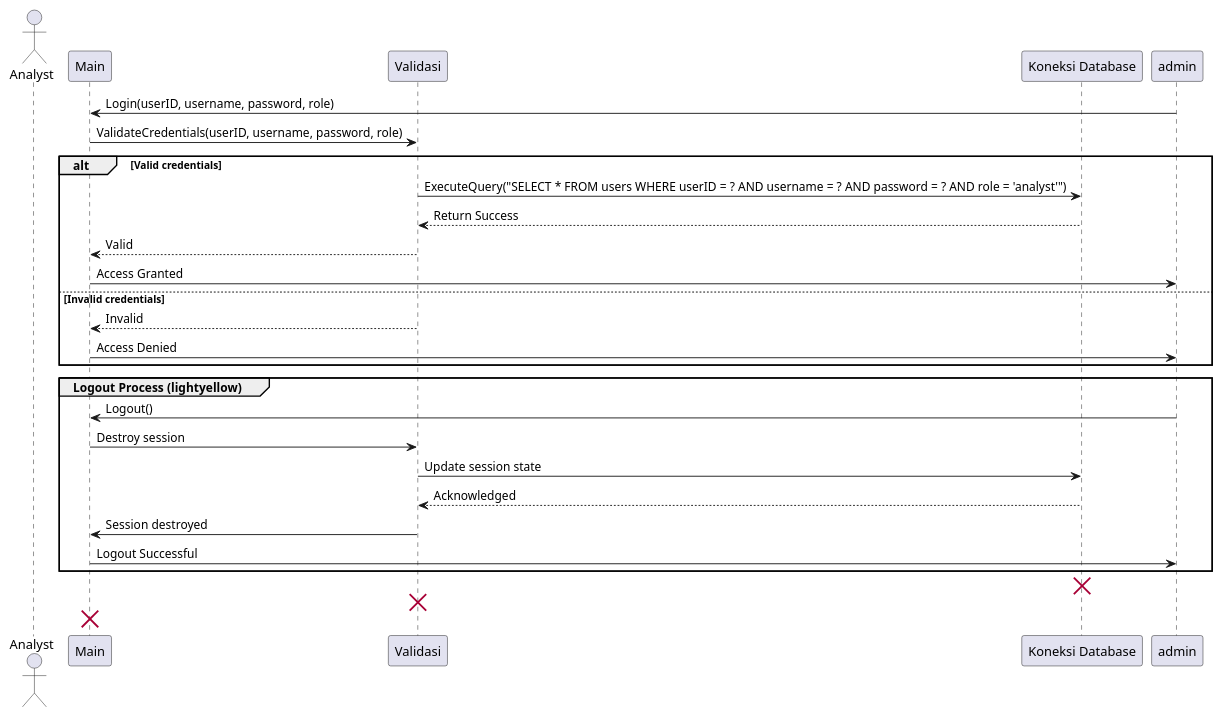
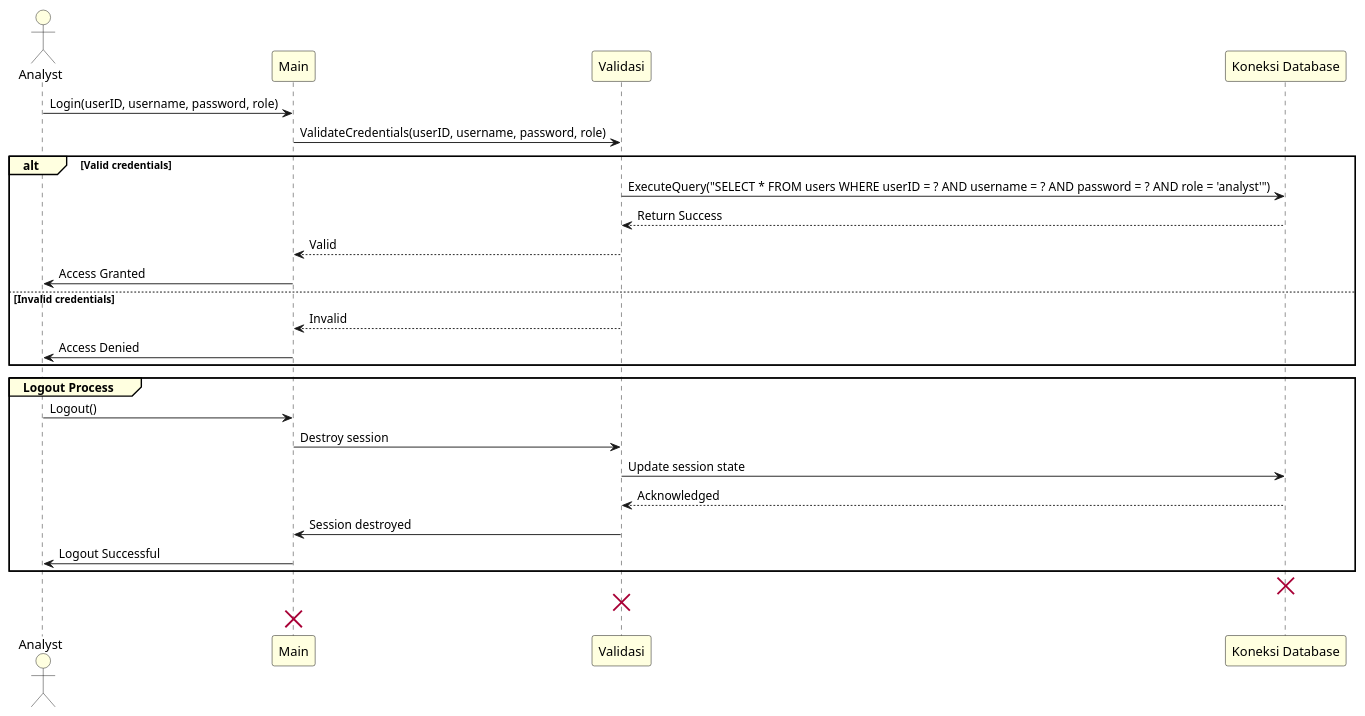
The diagram in dokumentasi/design/PlantUMl/5.sequence_diagram_login_analyst.wsd (BlackBox-Ops/ML-Customer-Segmentation), drawn with PlantUML before and after one commit. The commit also changed 1 other file, not shown here.

Commit message:
menambahkan diagram sequence untuk proses login admin

```diff
--- a/dokumentasi/design/PlantUMl/5.sequence_diagram_login_analyst.wsd
+++ b/dokumentasi/design/PlantUMl/5.sequence_diagram_login_analyst.wsd
@@ -1,37 +1,44 @@
 @startuml class
+
+' Set background color for all participants
+skinparam sequenceParticipantBackgroundColor LightYellow
+skinparam sequenceParticipantBorderColor Black
+skinparam SequenceGroupBackgroundColor LightYellow
+skinparam ActorBackgroundColor LightYellow
+
 actor Analyst as analyst
 
 ' Main objects
 participant "Main" as main
 participant "Validasi" as validasi
 participant "Koneksi Database" as db
 
 ' Login process starts
-admin -> main : Login(userID, username, password, role)
+analyst -> main : Login(userID, username, password, role)
 main -> validasi : ValidateCredentials(userID, username, password, role)
 alt Valid credentials
     validasi -> db : ExecuteQuery("SELECT * FROM users WHERE userID = ? AND username = ? AND password = ? AND role = 'analyst'")
     db --> validasi : Return Success
     validasi --> main : Valid
-    main -> admin : Access Granted
+    main -> analyst : Access Granted
 else Invalid credentials
     validasi --> main : Invalid
-    main -> admin : Access Denied
+    main -> analyst : Access Denied
 end
 
 ' Highlighted Logout process
-group Logout Process (lightyellow)
-    admin -> main : Logout()
+group Logout Process 
+    analyst -> main : Logout()
     main -> validasi : Destroy session
     validasi -> db : Update session state
     db --> validasi : Acknowledged
     validasi -> main : Session destroyed
-    main -> admin : Logout Successful
+    main -> analyst : Logout Successful
 end
 
 ' Destroy objects
 destroy db
 destroy validasi
 destroy main
 
 @enduml
```
